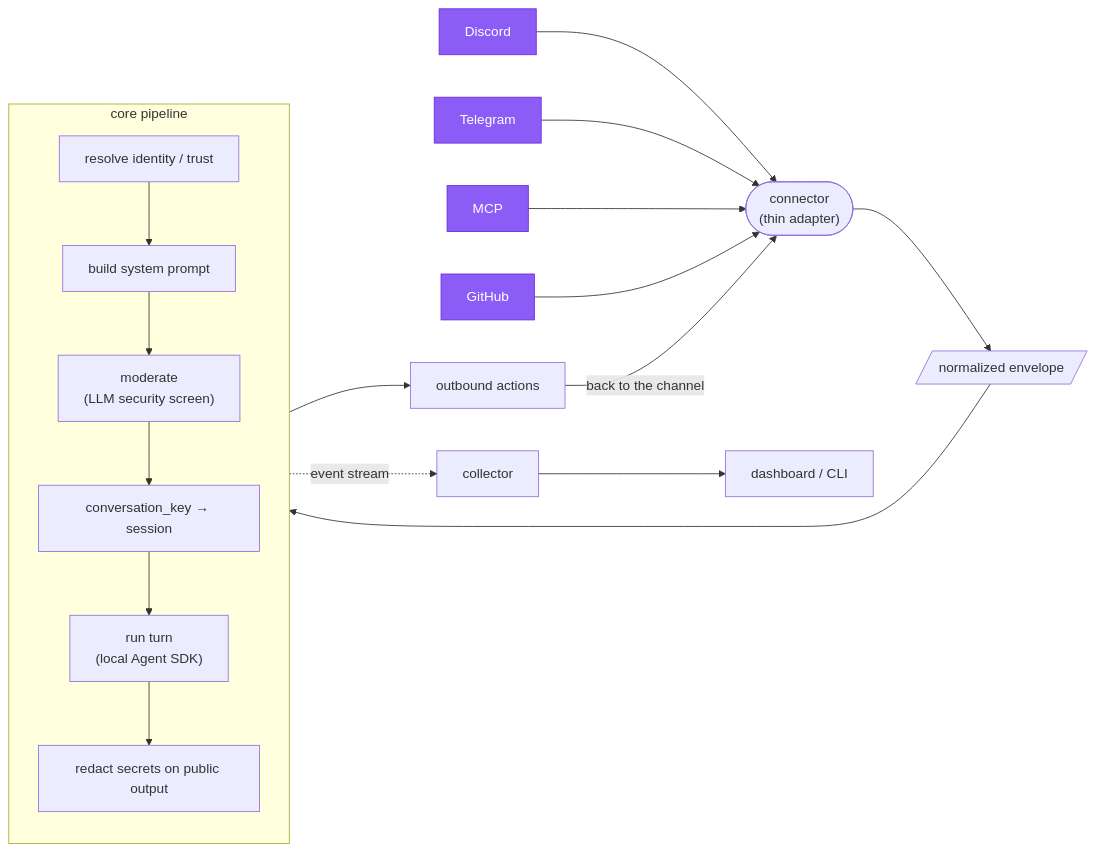
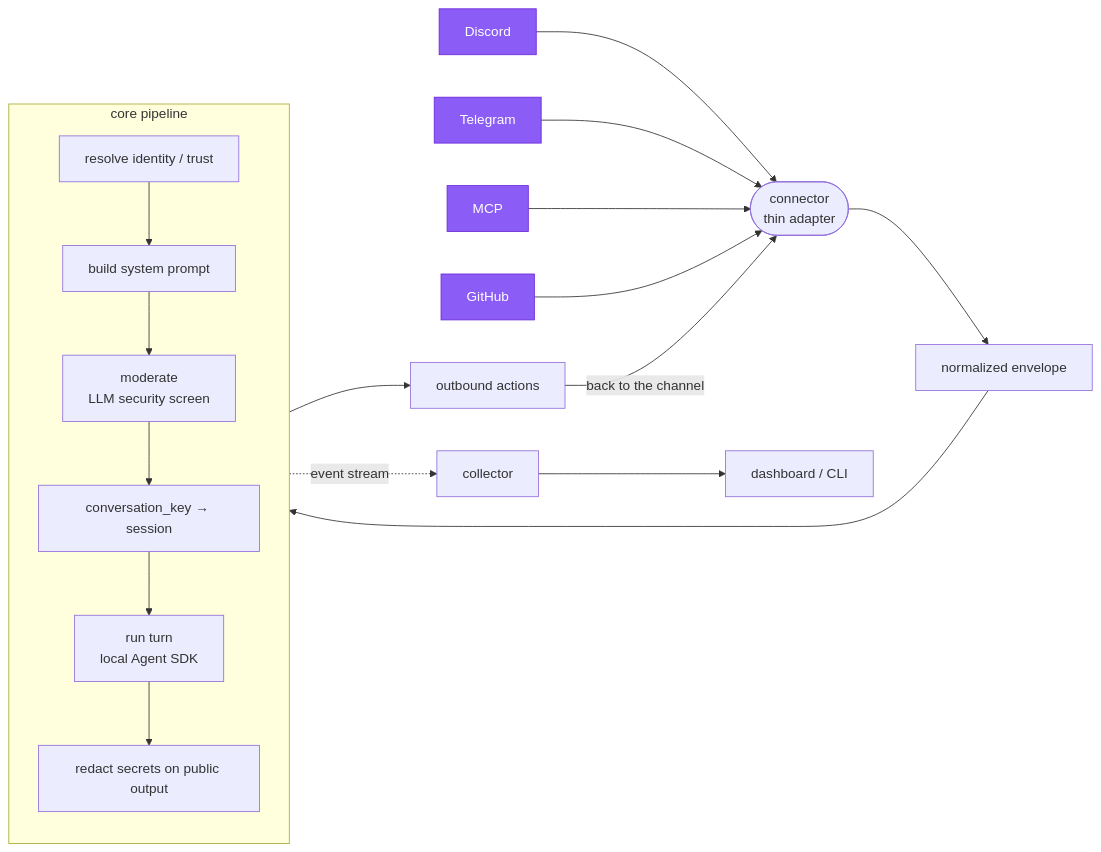
The diagram in README.md (scoutg001/asmltr), drawn with Mermaid before and after one commit.

Commit message:
readme: fix broken mermaid diagram (parens in node labels)
The architecture diagram never rendered on GitHub: node labels contained parentheses
('(LLM security screen)', '(thin adapter)', '(local Agent SDK)') — and '(' is a shape
delimiter in Mermaid, so the parser breaks even inside a quoted label. Also removed the
quoted subgraph title and the parallelogram shape, and split the long single-line edge
chain. Same diagram, GitHub-safe syntax.

````diff
--- a/README.md
+++ b/README.md
@@ -44,21 +44,25 @@
 ```mermaid
 flowchart LR
   D[Discord]:::ch --> CONN
   T[Telegram]:::ch --> CONN
   M[MCP]:::ch --> CONN
   G[GitHub]:::ch --> CONN
 
-  CONN(["connector<br/>(thin adapter)"]) --> ENV[/normalized envelope/]
+  CONN(["connector<br/>thin adapter"]) --> ENV["normalized envelope"]
   ENV --> CORE
 
-  subgraph CORE ["core pipeline"]
+  subgraph CORE [core pipeline]
     direction TB
-    R["resolve identity / trust"] --> SP["build system prompt"] --> MOD["moderate<br/>(LLM security screen)"] --> SESS["conversation_key → session"] --> RUN["run turn<br/>(local Agent SDK)"] --> RED["redact secrets on public output"]
+    R["resolve identity / trust"] --> SP["build system prompt"]
+    SP --> MOD["moderate<br/>LLM security screen"]
+    MOD --> SESS["conversation_key → session"]
+    SESS --> RUN["run turn<br/>local Agent SDK"]
+    RUN --> RED["redact secrets on public output"]
   end
 
   CORE --> OUT["outbound actions"]
   OUT -->|back to the channel| CONN
   CORE -. event stream .-> COL["collector"] --> UI["dashboard / CLI"]
 
   classDef ch fill:#8B5CF6,stroke:#6D28D9,color:#fff;
 ```
````
